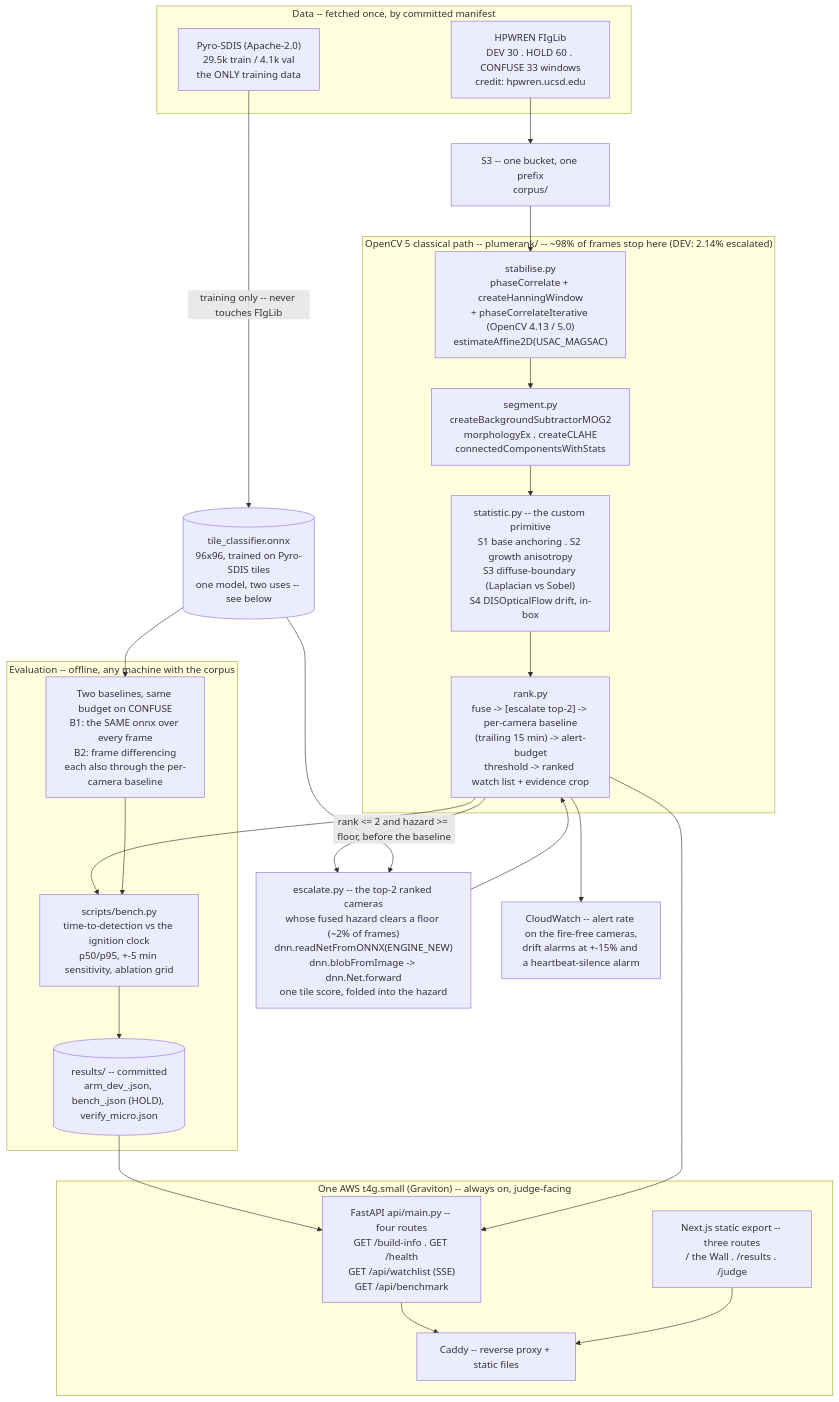
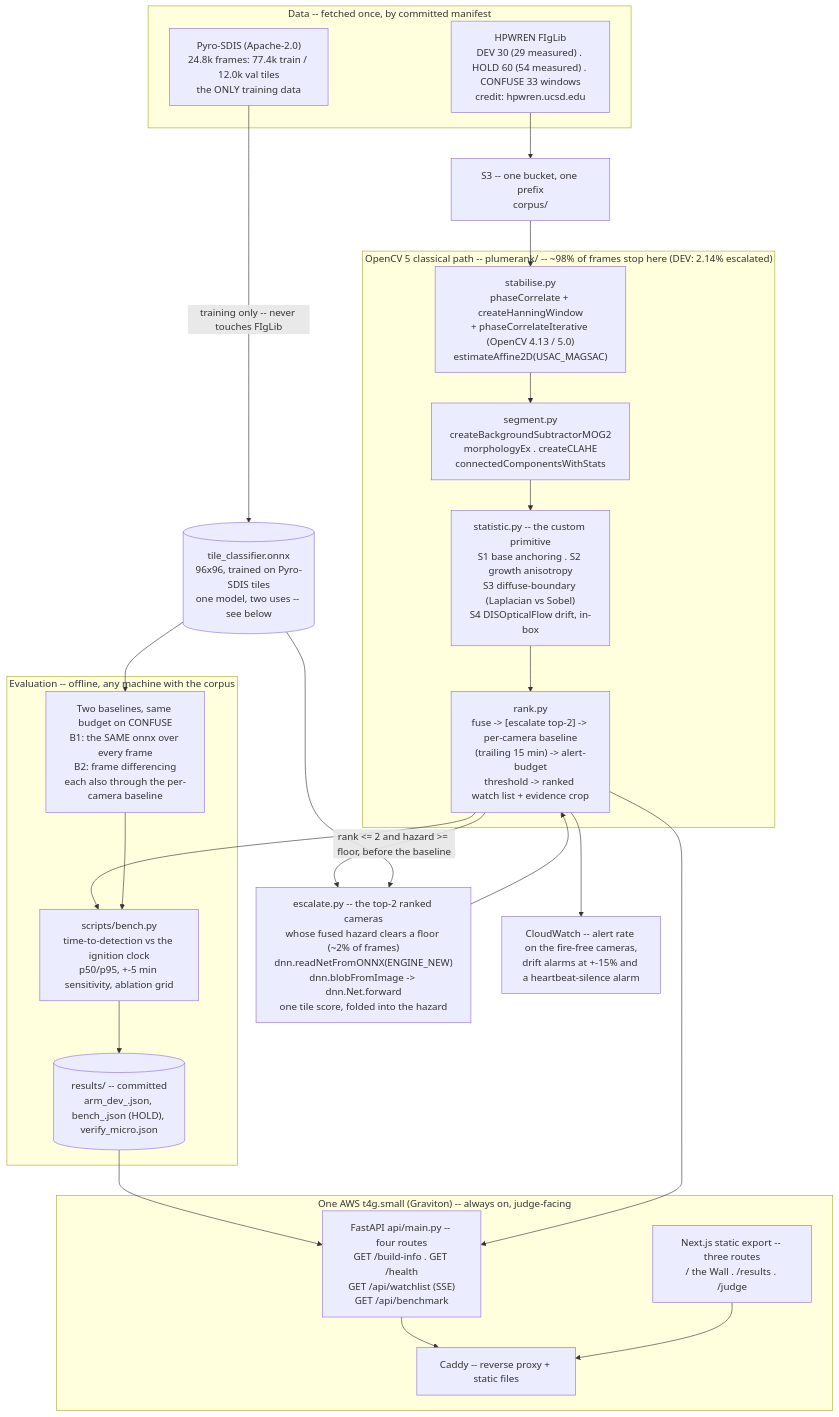
The diagram in ARCHITECTURE.md (edycutjong/plumerank), drawn with Mermaid before and after one commit. The commit also changed 13 other files, not shown here.

Commit message:
audit: held-out is 54 fire WINDOWS from 41 fires (McNemar pairs not fully independent); 62 camera tiles on the site and deck; HPWREN credit on every imagery slide; Pyro-SDIS tile counts as trained; DEMO read time 05:41Z; no 'night' left in prose

````diff
--- a/ARCHITECTURE.md
+++ b/ARCHITECTURE.md
@@ -6,46 +6,46 @@
 ```mermaid
 flowchart TB
     subgraph SRC["Data -- fetched once, by committed manifest"]
-        FIG["HPWREN FIgLib<br/>DEV 30 . HOLD 60 . CONFUSE 33 windows<br/>credit: hpwren.ucsd.edu"]
-        PYR["Pyro-SDIS (Apache-2.0)<br/>29.5k train / 4.1k val<br/>the ONLY training data"]
+        FIG["HPWREN FIgLib<br/>DEV 30 (29 measured) . HOLD 60 (54 measured) . CONFUSE 33 windows<br/>credit: hpwren.ucsd.edu"]
+        PYR["Pyro-SDIS (Apache-2.0)<br/>24.8k frames: 77.4k train / 12.0k val tiles<br/>the ONLY training data"]
     end
 
     S3B["S3 -- one bucket, one prefix<br/>corpus/"]
 
     subgraph CV["OpenCV 5 classical path -- plumerank/ -- ~98% of frames stop here (DEV: 2.14% escalated)"]
         STAB["stabilise.py<br/>phaseCorrelate + createHanningWindow<br/>+ phaseCorrelateIterative (OpenCV 4.13 / 5.0)<br/>estimateAffine2D(USAC_MAGSAC)"]
         SEG["segment.py<br/>createBackgroundSubtractorMOG2<br/>morphologyEx . createCLAHE<br/>connectedComponentsWithStats"]
         STAT["statistic.py -- the custom primitive<br/>S1 base anchoring . S2 growth anisotropy<br/>S3 diffuse-boundary (Laplacian vs Sobel)<br/>S4 DISOpticalFlow drift, in-box"]
         RANK["rank.py<br/>fuse -> [escalate top-2] -> per-camera baseline<br/>(trailing 15 min) -> alert-budget<br/>threshold -> ranked watch list + evidence crop"]
     end
 
     ESC["escalate.py -- the top-2 ranked cameras<br/>whose fused hazard clears a floor (~2% of frames)<br/>dnn.readNetFromONNX(ENGINE_NEW)<br/>dnn.blobFromImage -> dnn.Net.forward<br/>one tile score, folded into the hazard"]
 
     ONNX[("tile_classifier.onnx<br/>96x96, trained on Pyro-SDIS tiles<br/>one model, two uses -- see below")]
 
     subgraph EVAL["Evaluation -- offline, any machine with the corpus"]
         BENCH["scripts/bench.py<br/>time-to-detection vs the ignition clock<br/>p50/p95, +-5 min sensitivity, ablation grid"]
         BASE["Two baselines, same budget on CONFUSE<br/>B1: the SAME onnx over every frame<br/>B2: frame differencing<br/>each also through the per-camera baseline"]
         RES[("results/ -- committed<br/>arm_dev_<date>.json, bench_<date>.json (HOLD), verify_micro.json")]
     end
 
     subgraph BOX["One AWS t4g.small (Graviton) -- always on, judge-facing"]
         API["FastAPI api/main.py -- four routes<br/>GET /build-info . GET /health<br/>GET /api/watchlist (SSE)<br/>GET /api/benchmark"]
         WEB["Next.js static export -- three routes<br/>/ the Wall . /results . /judge"]
         CADDY["Caddy -- reverse proxy + static files"]
     end
 
     CW["CloudWatch -- alert rate on the fire-free cameras,<br/>drift alarms at +-15% and a heartbeat-silence alarm"]
 
     FIG --> S3B --> STAB --> SEG --> STAT --> RANK
     RANK -->|"rank <= 2 and hazard >= floor, before the baseline"| ESC --> RANK
     ONNX --> ESC
     ONNX --> BASE
     PYR -->|"training only -- never touches FIgLib"| ONNX
     RANK --> BENCH
     BASE --> BENCH --> RES --> API
     RANK --> API
     API --> CADDY
     WEB --> CADDY
     RANK --> CW
 ```
````
